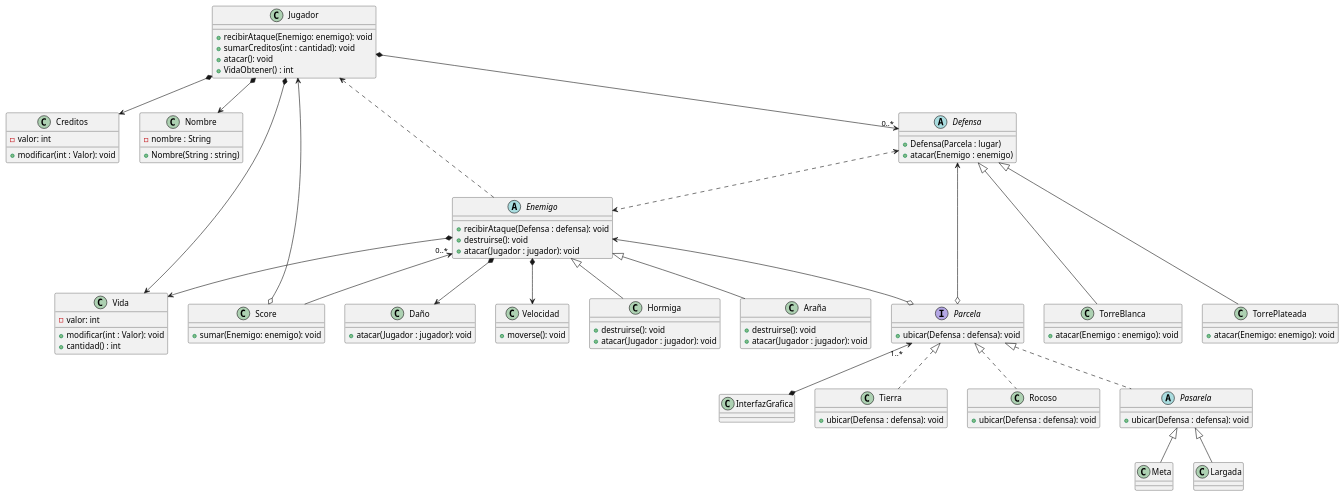
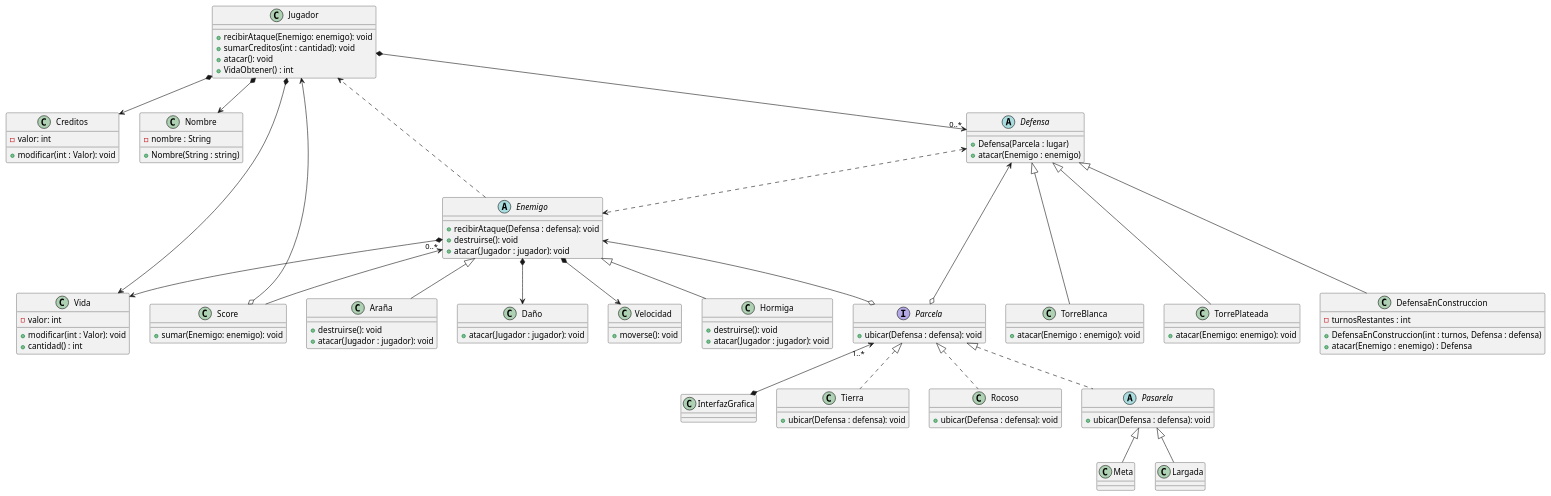
One commit to franzimbi/algo3_tp2 changed the diagram in diagrams/classes/diagrama_de_clase_tentativo.puml. Above: the diagram before and after it, drawn with PlantUML. The commit also changed 1 other file, not shown here.

Commit message:
actualizacion UML

```diff
--- a/diagrams/classes/diagrama_de_clase_tentativo.puml
+++ b/diagrams/classes/diagrama_de_clase_tentativo.puml
@@ -1,120 +1,127 @@
 @startuml
 'https://plantuml.com/class-diagram
 
 class Jugador {
     +recibirAtaque(Enemigo: enemigo): void
     +sumarCreditos(int : cantidad): void
     +atacar(): void
     +VidaObtener() : int
 }
 
 class Creditos {
     -valor: int
     +modificar(int : Valor): void
 }
 
 class Nombre {
     -nombre : String
     +Nombre(String : string)
 }
 
 class Vida {
     -valor: int
     +modificar(int : Valor): void
     +cantidad() : int
 }
 
 class Score {
     +sumar(Enemigo: enemigo): void
 }
 
 abstract class Defensa {
     +Defensa(Parcela : lugar)
     +atacar(Enemigo : enemigo)
 }
 
 class TorreBlanca{
     +atacar(Enemigo : enemigo): void
 }
 
 class TorrePlateada{
     +atacar(Enemigo: enemigo): void
+}
+
+class DefensaEnConstruccion{
+    -turnosRestantes : int
+    +DefensaEnConstruccion(int : turnos, Defensa : defensa)
+    +atacar(Enemigo : enemigo) : Defensa
 }
 
 interface Parcela {
     +ubicar(Defensa : defensa): void
 }
 
 class InterfazGrafica {}
 
 class Tierra {
     +ubicar(Defensa : defensa): void
 }
 
 class Rocoso {
     +ubicar(Defensa : defensa): void
 }
 
 abstract class Pasarela {
     +ubicar(Defensa : defensa): void
 }
 
 class Meta {}
 class Largada {}
 
 abstract class Enemigo {
     +recibirAtaque(Defensa : defensa): void
     +destruirse(): void
     +atacar(Jugador : jugador): void
 }
 
 class Hormiga {
     +destruirse(): void
     +atacar(Jugador : jugador): void
 }
 
 class Araña {
     +destruirse(): void
     +atacar(Jugador : jugador): void
 }
 
 class Daño {
     +atacar(Jugador : jugador): void
 }
 
 class Velocidad {
     +moverse(): void
 }
 
 Jugador  *-->  Creditos
 Jugador  *-->  Nombre
 Jugador  *-->  Vida
 Jugador  *--> "0..*" Defensa
 Score  o-->  Jugador
 
 Defensa <|--- TorreBlanca
 Defensa <|--- TorrePlateada
+Defensa <|--- DefensaEnConstruccion
 Defensa <..> Enemigo
 
 Parcela o--> Defensa
 Parcela "1..*" <--*  InterfazGrafica
 Parcela <|.. Tierra
 Parcela <|.. Rocoso
 Parcela <|.. Pasarela
 
 Pasarela <|-- Meta
 Pasarela <|-- Largada
 
 Enemigo <|-- Hormiga
 Enemigo <|-- Araña
 Enemigo *--> Daño
 Enemigo *--> Velocidad
 Enemigo "0..*" <--  Score
 Enemigo ..> Jugador
 Enemigo *--> Vida
 Enemigo <--o Parcela
 
 
 
 
 @enduml
```
